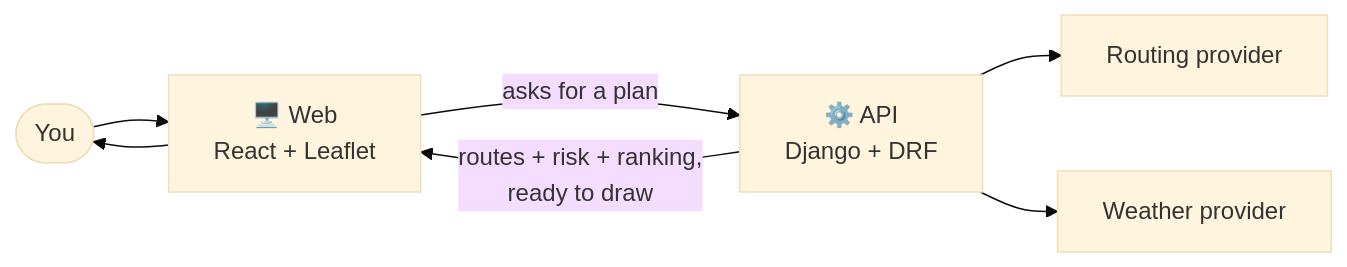
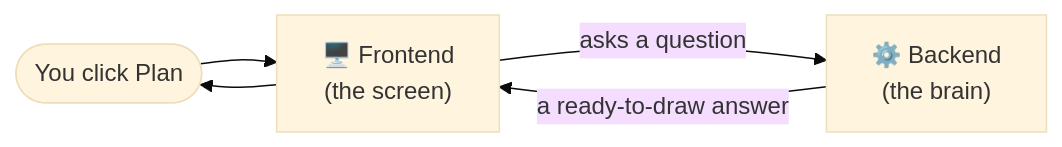
The first of 2 diagrams in docs/WALKTHROUGH.md (Maham-Anwaar/truck-routing), drawn with Mermaid (base theme) before and after one commit. The commit also changed other lines of this file, not shown here.

````diff
--- a/docs/WALKTHROUGH.md
+++ b/docs/WALKTHROUGH.md
@@ -48,9 +66,7 @@
 ```mermaid
 flowchart LR
-    U([You]) --> W["🖥️ Web<br/>React + Leaflet"]
-    W -->|"asks for a plan"| A["⚙️ API<br/>Django + DRF"]
-    A --> R[Routing provider]
-    A --> WX[Weather provider]
-    A -->|"routes + risk + ranking,<br/>ready to draw"| W
+    U([You click Plan]) --> W["🖥️ Frontend<br/>(the screen)"]
+    W -->|"asks a question"| A["⚙️ Backend<br/>(the brain)"]
+    A -->|"a ready-to-draw answer"| W
     W --> U
 ```
````
